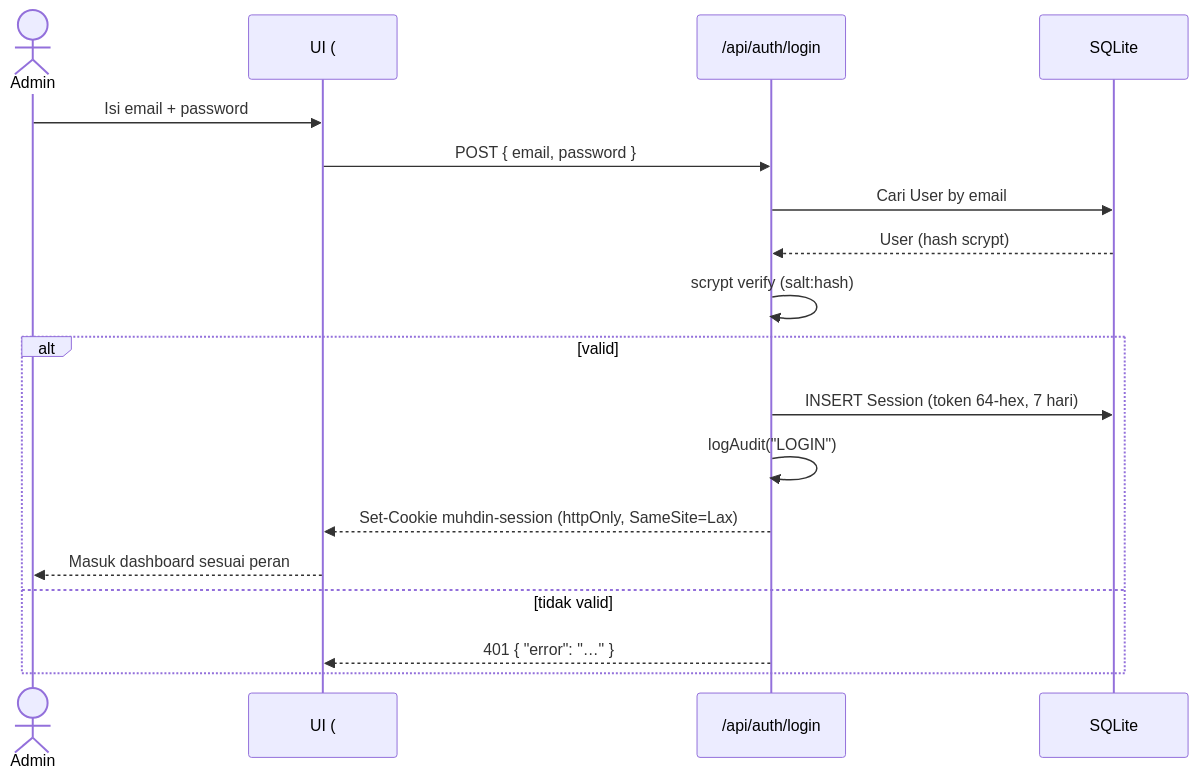
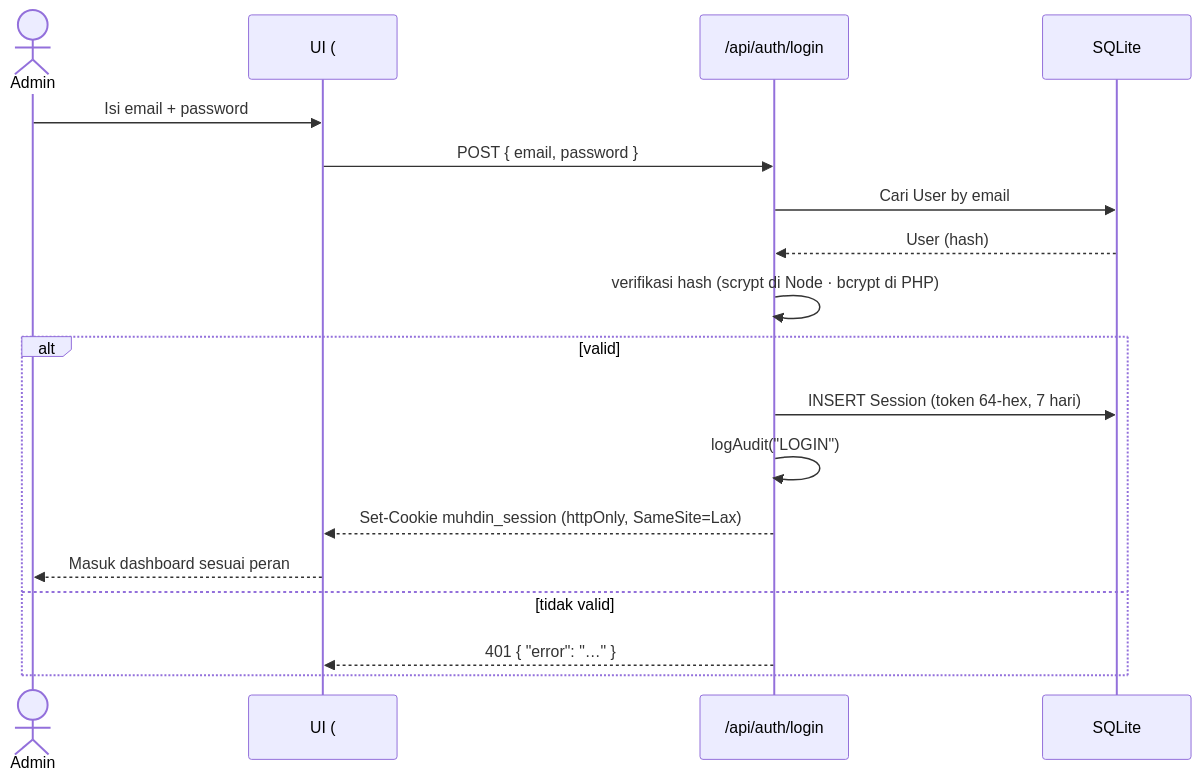
The fifth of 9 diagrams in README.md (prabudanling/muhdin), drawn with Mermaid before and after one commit. The commit also changed other lines of this file and 54 other files, not shown here.

````diff
--- a/README.md
+++ b/README.md
@@ -241,21 +381,21 @@
 ```mermaid
 sequenceDiagram
     actor A as Admin
     participant U as UI (#/admin)
     participant API as /api/auth/login
     participant DB as SQLite
 
     A->>U: Isi email + password
     U->>API: POST { email, password }
     API->>DB: Cari User by email
-    DB-->>API: User (hash scrypt)
-    API->>API: scrypt verify (salt:hash)
+    DB-->>API: User (hash)
+    API->>API: verifikasi hash (scrypt di Node · bcrypt di PHP)
     alt valid
         API->>DB: INSERT Session (token 64-hex, 7 hari)
         API->>API: logAudit("LOGIN")
-        API-->>U: Set-Cookie muhdin-session (httpOnly, SameSite=Lax)
+        API-->>U: Set-Cookie muhdin_session (httpOnly, SameSite=Lax)
         U-->>A: Masuk dashboard sesuai peran
     else tidak valid
         API-->>U: 401 { "error": "…" }
     end
 ```
````
